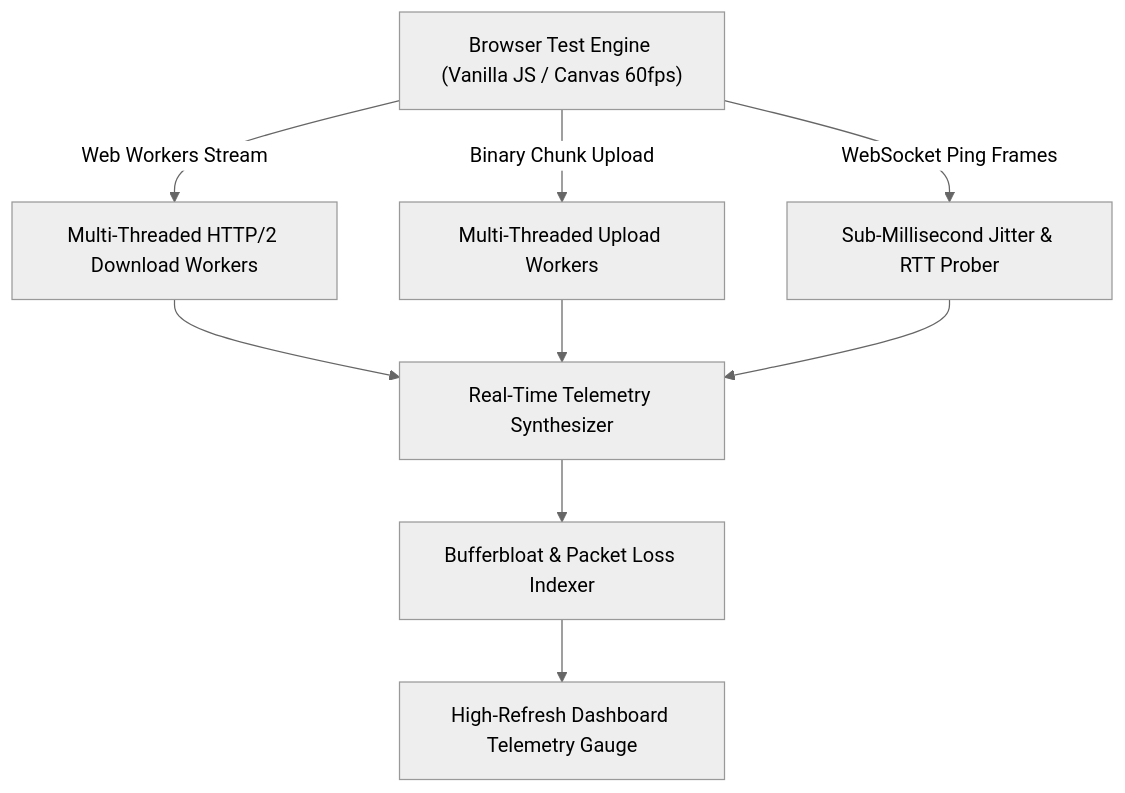
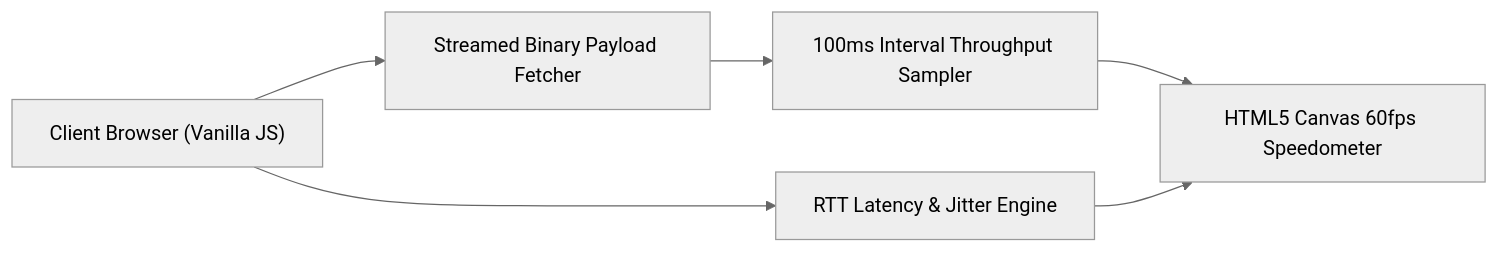
One commit to Tharun4743/TharunSpeed changed the diagram in README.md. Above: the diagram before and after it, drawn with Mermaid (neutral theme). The commit also changed other lines of this file and 3 other files, not shown here.

````diff
--- a/README.md
+++ b/README.md
@@ -35,11 +38,8 @@
 ```mermaid
-graph TD
-    Client["Browser Test Engine (Vanilla JS / Canvas 60fps)"] -->|Web Workers Stream| WorkerPool["Multi-Threaded HTTP/2 Download Workers"]
-    Client -->|Binary Chunk Upload| UploadWorker["Multi-Threaded Upload Workers"]
-    Client -->|WebSocket Ping Frames| LatencyEngine["Sub-Millisecond Jitter & RTT Prober"]
-    WorkerPool --> Aggregator["Real-Time Telemetry Synthesizer"]
-    UploadWorker --> Aggregator
-    LatencyEngine --> Aggregator
-    Aggregator --> Bufferbloat["Bufferbloat & Packet Loss Indexer"]
-    Bufferbloat --> CanvasUI["High-Refresh Dashboard Telemetry Gauge"]
+flowchart LR
+    Browser["Client Browser (Vanilla JS)"] --> Ping["RTT Latency & Jitter Engine"]
+    Browser --> Downloader["Streamed Binary Payload Fetcher"]
+    Downloader --> Sampler["100ms Interval Throughput Sampler"]
+    Sampler --> Gauge["HTML5 Canvas 60fps Speedometer"]
+    Ping --> Gauge
 ```
````
